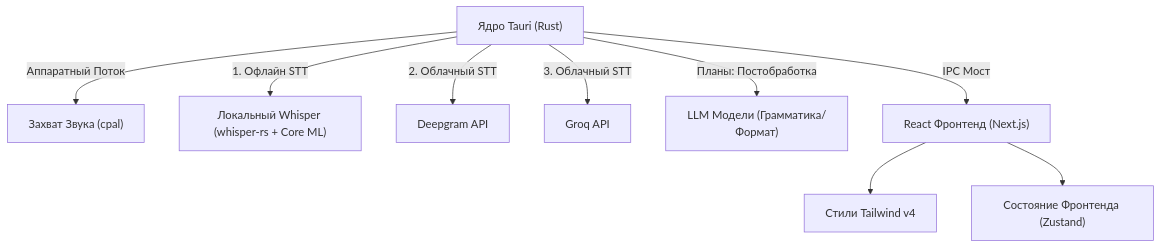
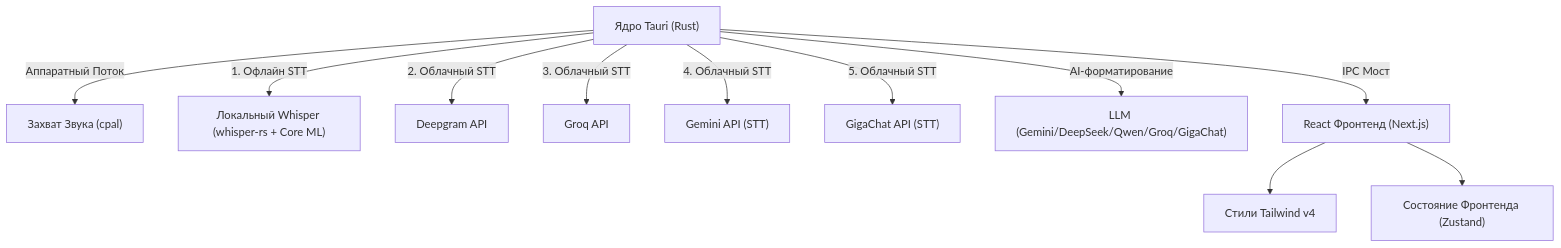
Before and after one commit to AVP-Dev/nyx-vox: the diagram in docs/TECHNICAL.ru.md, drawn with Mermaid. The commit also changed 4 other files, not shown here.

First line of the commit message:
docs: sync roadmap with app state, update README and technical specs

````diff
--- a/docs/TECHNICAL.ru.md
+++ b/docs/TECHNICAL.ru.md
@@ -24,11 +24,13 @@
 ```mermaid
 graph TD
     A["Ядро Tauri (Rust)"] -->|Аппаратный Поток| C["Захват Звука (cpal)"]
     A -->|1. Офлайн STT| B["Локальный Whisper (whisper-rs + Core ML)"]
     A -->|2. Облачный STT| G["Deepgram API"]
     A -->|3. Облачный STT| H["Groq API"]
-    A -->|Планы: Постобработка| I["LLM Модели (Грамматика/Формат)"]
+    A -->|4. Облачный STT| J["Gemini API (STT)"]
+    A -->|5. Облачный STT| K["GigaChat API (STT)"]
+    A -->|AI-форматирование| I["LLM (Gemini/DeepSeek/Qwen/Groq/GigaChat)"]
     A -->|IPC Мост| D["React Фронтенд (Next.js)"]
     D --> E["Стили Tailwind v4"]
     D --> F["Состояние Фронтенда (Zustand)"]
 ```
````
